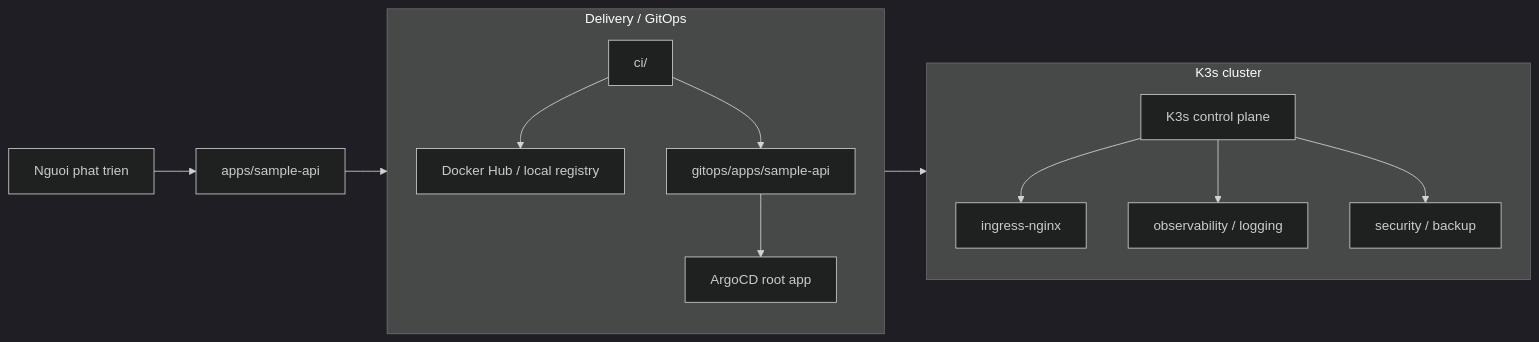
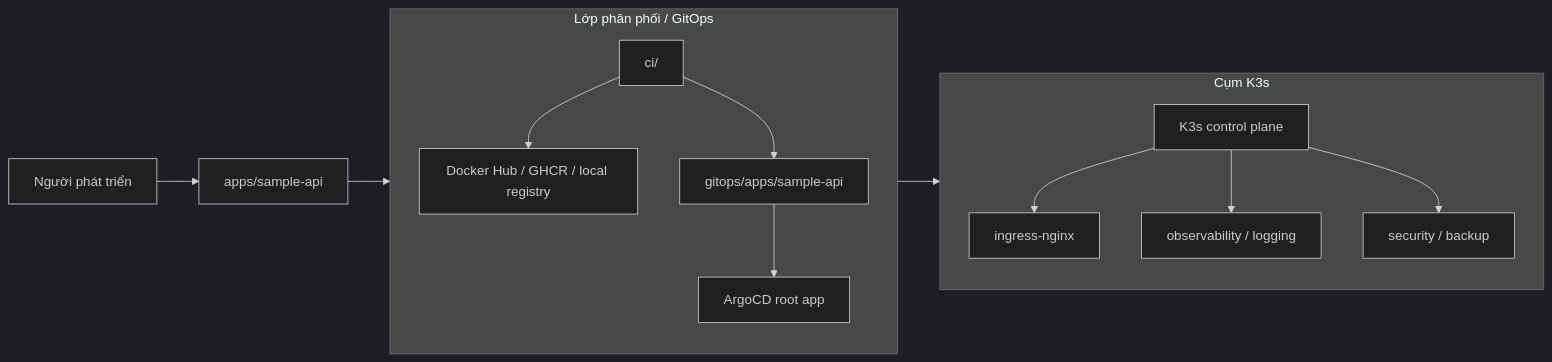
One commit to nghiabka/rancher-platform-template changed the first of 6 diagrams in docs/architecture.md. Above: the diagram before and after it, drawn with Mermaid (dark theme). The commit also changed other lines of this file and 1 other file, not shown here.

Commit message:
docs: expand platform tutorial and architecture

````diff
--- a/docs/architecture.md
+++ b/docs/architecture.md
@@ -15,21 +72,21 @@
 ```mermaid
 flowchart LR
-  Dev["Nguoi phat trien"] --> App["apps/sample-api"]
+  Developer["Người phát triển"] --> App["apps/sample-api"]
 
-  subgraph Delivery["Delivery / GitOps"]
+  subgraph Delivery["Lớp phân phối / GitOps"]
     direction TB
-    CI["ci/"] --> Registry["Docker Hub / local registry"]
+    CI["ci/"] --> Registry["Docker Hub / GHCR / local registry"]
     CI --> GitOps["gitops/apps/sample-api"]
     GitOps --> ArgoCD["ArgoCD root app"]
   end
 
-  subgraph Cluster["K3s cluster"]
+  subgraph Cluster["Cụm K3s"]
     direction TB
     Control["K3s control plane"] --> Ingress["ingress-nginx"]
     Control --> Obs["observability / logging"]
     Control --> Sec["security / backup"]
   end
 
   App --> CI
   ArgoCD --> Control
 ```
````
